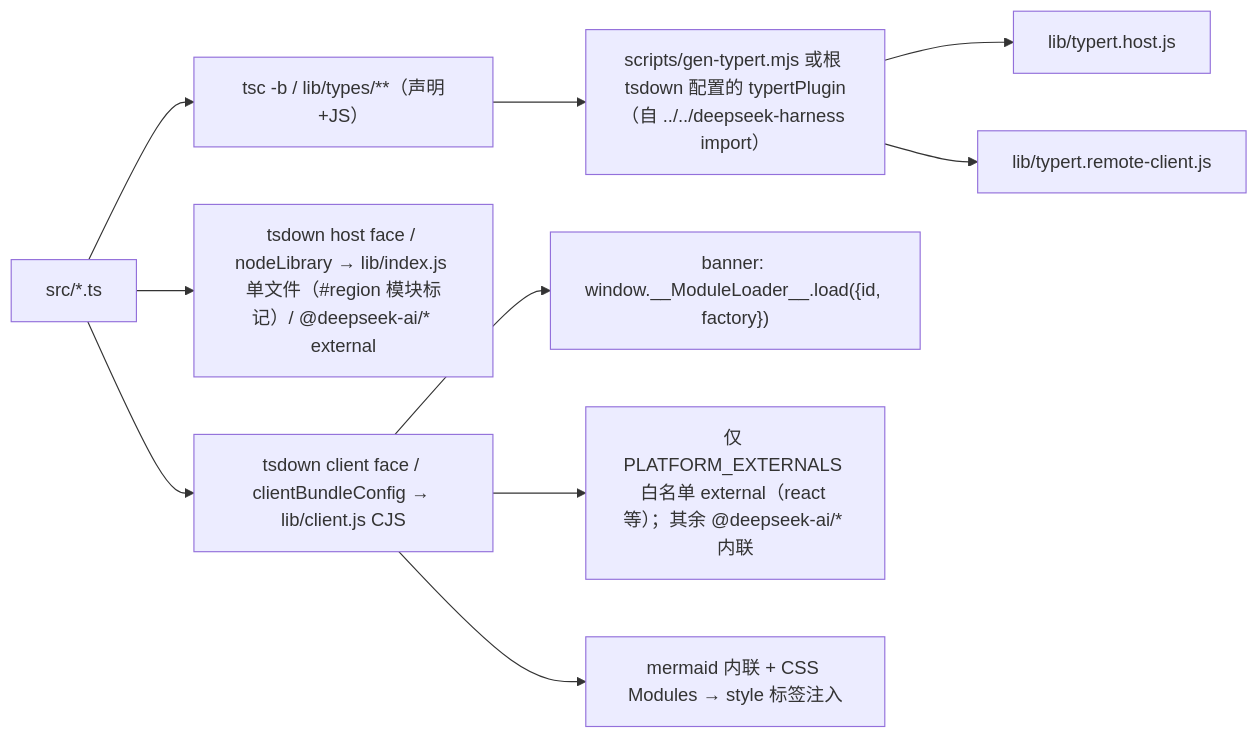
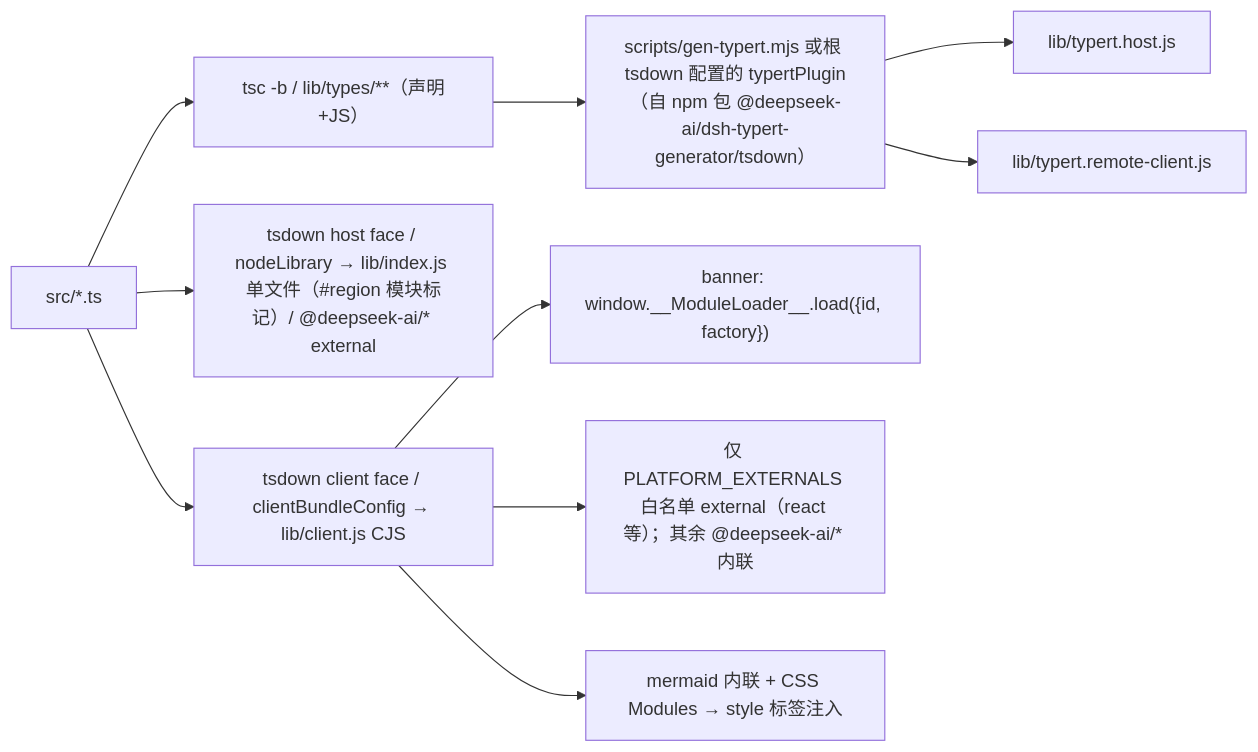
Before and after one commit to gwj001/arch-lens: the ninth of 13 diagrams in docs/arch-lens-diagrams.md, drawn with Mermaid. The commit also changed 13 other files, not shown here.

````diff
--- a/docs/arch-lens-diagrams.md
+++ b/docs/arch-lens-diagrams.md
@@ -416,12 +416,12 @@
 ```mermaid
 flowchart LR
     SRC["src/*.ts"] --> TSC["tsc -b / lib/types/**（声明+JS）"]
-    TSC --> TYPERT["scripts/gen-typert.mjs 或根 tsdown 配置的 typertPlugin（自 ../../deepseek-harness import）"]
+    TSC --> TYPERT["scripts/gen-typert.mjs 或根 tsdown 配置的 typertPlugin（自 npm 包 @deepseek-ai/dsh-typert-generator/tsdown）"]
     TYPERT --> HOST["lib/typert.host.js"]
     TYPERT --> REMOTE["lib/typert.remote-client.js"]
     SRC --> HOSTBUNDLE["tsdown host face / nodeLibrary → lib/index.js 单文件（#region 模块标记）/ @deepseek-ai/* external"]
     SRC --> CLIENTBUNDLE["tsdown client face / clientBundleConfig → lib/client.js CJS"]
     CLIENTBUNDLE --> BANNER["banner: window.__ModuleLoader__.load({id, factory})"]
     CLIENTBUNDLE --> EXTERN["仅 PLATFORM_EXTERNALS 白名单 external（react 等）；其余 @deepseek-ai/* 内联"]
     CLIENTBUNDLE --> INLINE["mermaid 内联 + CSS Modules → style 标签注入"]
 ```
````
